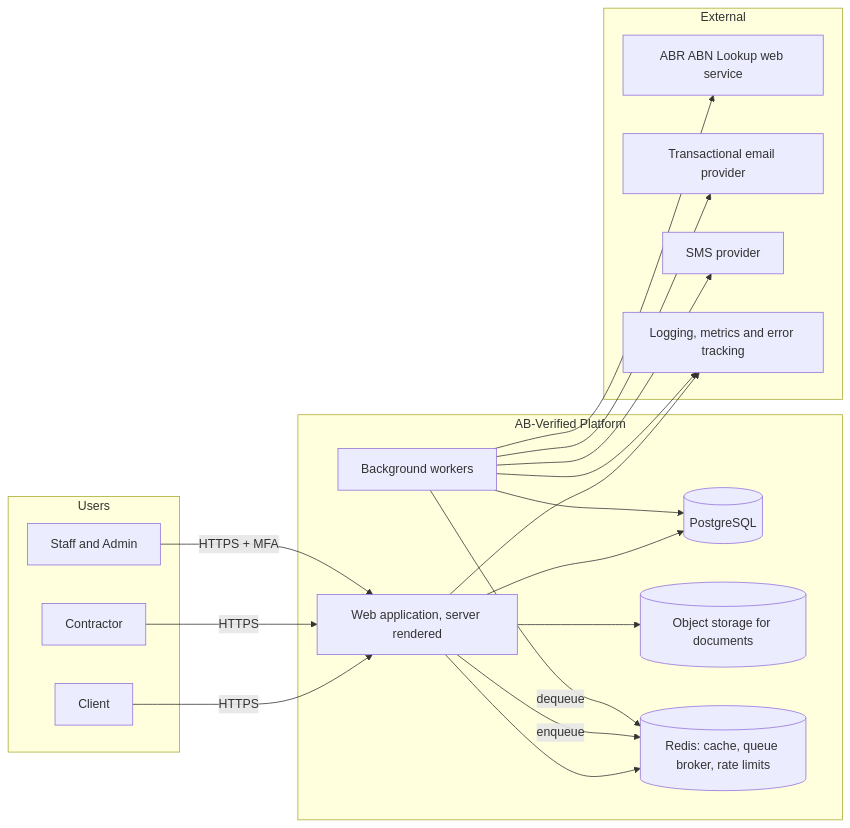
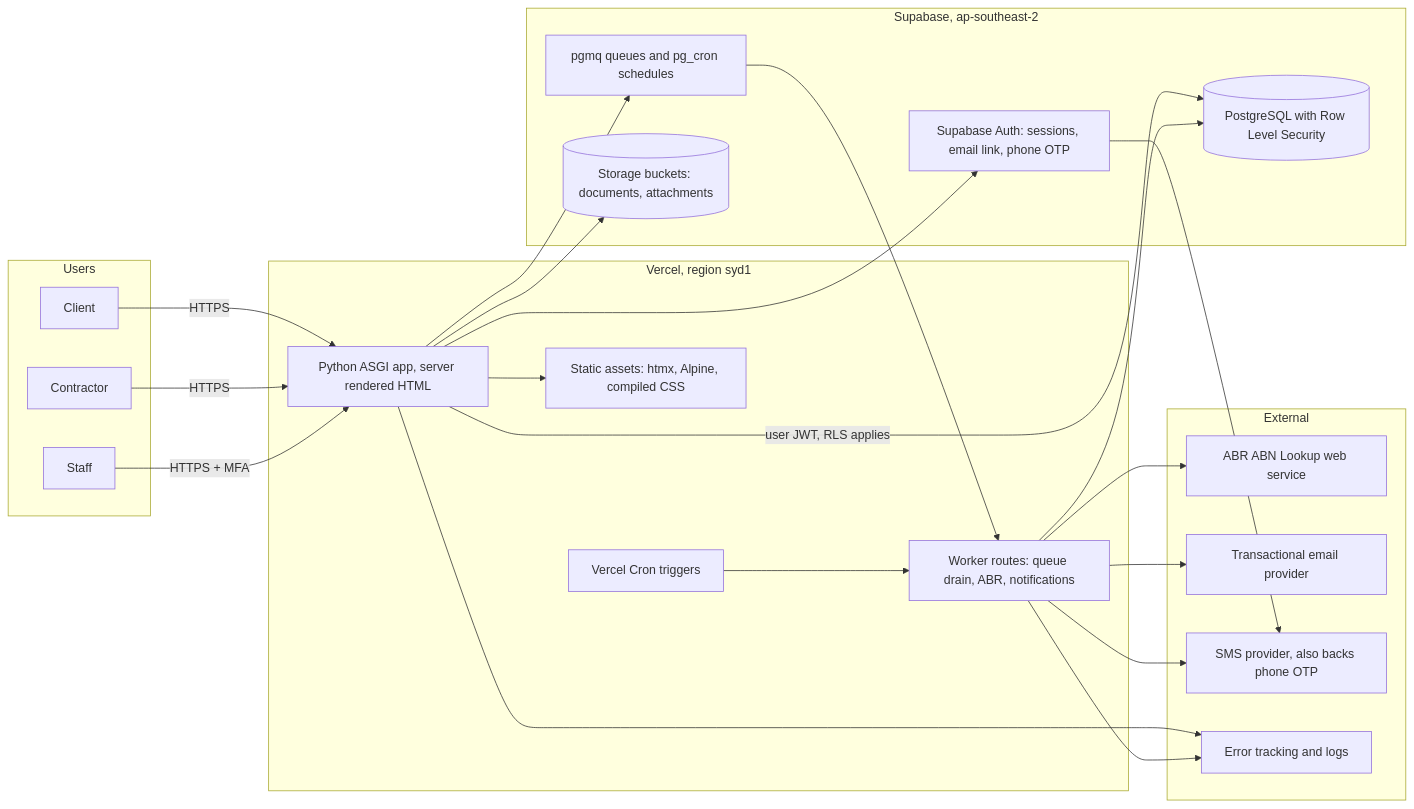
Before and after one commit to andrewbruno/ab-verified: the ninth of 11 diagrams in docs/SPEC.md, drawn with Mermaid. The commit also changed other lines of this file, not shown here.

First line of the commit message:
Rework the spec for Vercel, Supabase and RLS

````diff
--- a/docs/SPEC.md
+++ b/docs/SPEC.md
@@ -534,35 +596,43 @@
 ```mermaid
 flowchart LR
     subgraph Users
         C[Client]
         K[Contractor]
-        S[Staff and Admin]
+        S[Staff]
     end
-    subgraph Platform["AB-Verified Platform"]
-        APP[Web application, server rendered]
-        WRK[Background workers]
-        DB[(PostgreSQL)]
-        OBJ[(Object storage for documents)]
-        RDS[(Redis: cache, queue broker, rate limits)]
+    subgraph Vercel["Vercel, region syd1"]
+        APP["Python ASGI app, server rendered HTML"]
+        WRK["Worker routes: queue drain, ABR, notifications"]
+        CRON["Vercel Cron triggers"]
+        CDN["Static assets: htmx, Alpine, compiled CSS"]
+    end
+    subgraph Supabase["Supabase, ap-southeast-2"]
+        AUTHS["Supabase Auth: sessions, email link, phone OTP"]
+        PG[("PostgreSQL with Row Level Security")]
+        PGQ["pgmq queues and pg_cron schedules"]
+        STORE[("Storage buckets: documents, attachments")]
     end
     subgraph External
-        ABR[ABR ABN Lookup web service]
-        SES[Transactional email provider]
-        SMS[SMS provider]
-        OTEL[Logging, metrics and error tracking]
+        ABR["ABR ABN Lookup web service"]
+        MAIL["Transactional email provider"]
+        SMS["SMS provider, also backs phone OTP"]
+        OBS["Error tracking and logs"]
     end
     C -->|HTTPS| APP
     K -->|HTTPS| APP
     S -->|HTTPS + MFA| APP
-    APP --> DB
-    APP --> RDS
-    APP --> OBJ
-    APP -->|enqueue| RDS
-    WRK -->|dequeue| RDS
-    WRK --> DB
+    APP --> CDN
+    APP --> AUTHS
+    APP -->|"user JWT, RLS applies"| PG
+    APP --> STORE
+    APP --> PGQ
+    CRON --> WRK
+    PGQ --> WRK
+    WRK --> PG
     WRK --> ABR
-    WRK --> SES
+    WRK --> MAIL
     WRK --> SMS
-    APP --> OTEL
-    WRK --> OTEL
+    AUTHS --> SMS
+    APP --> OBS
+    WRK --> OBS
 ```
````
